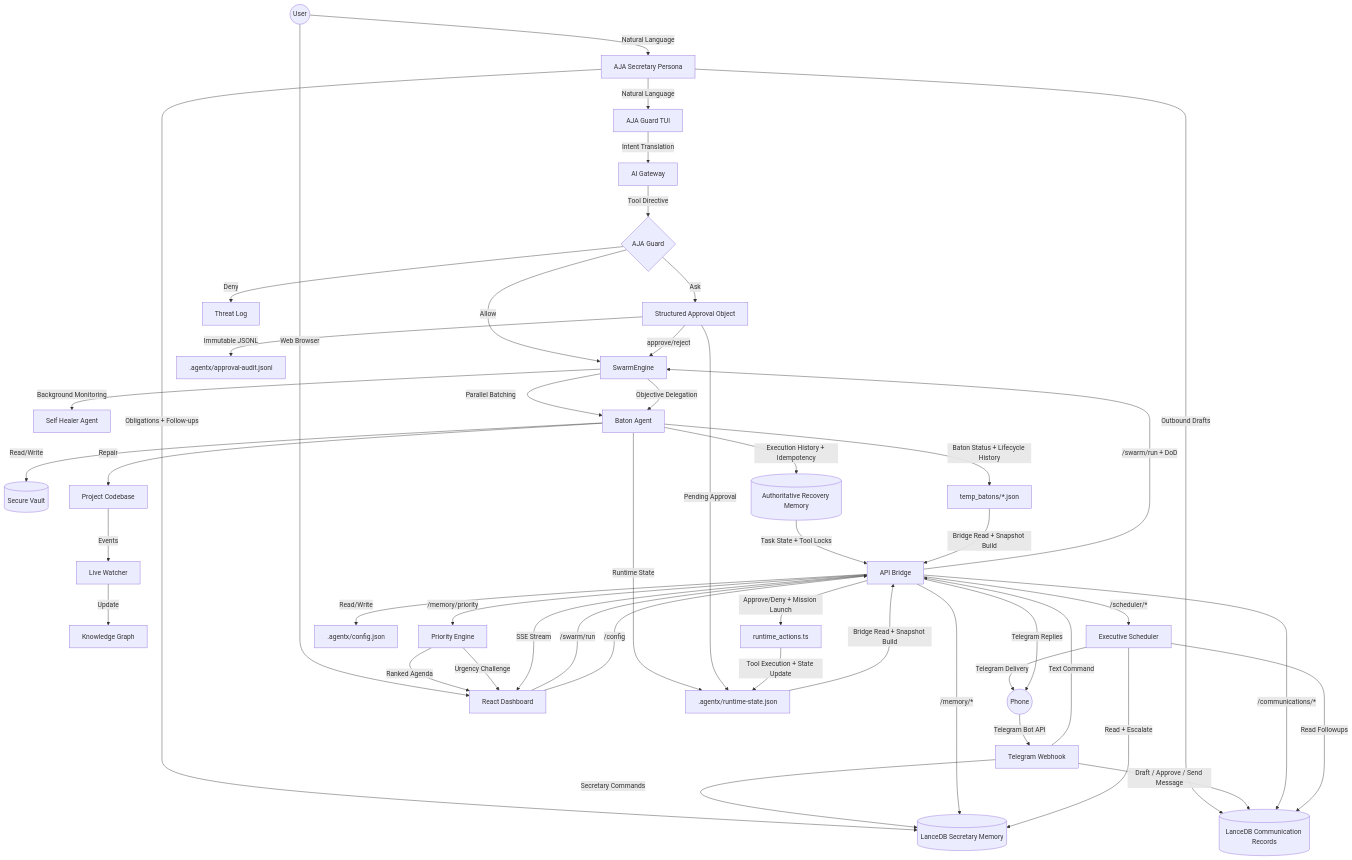
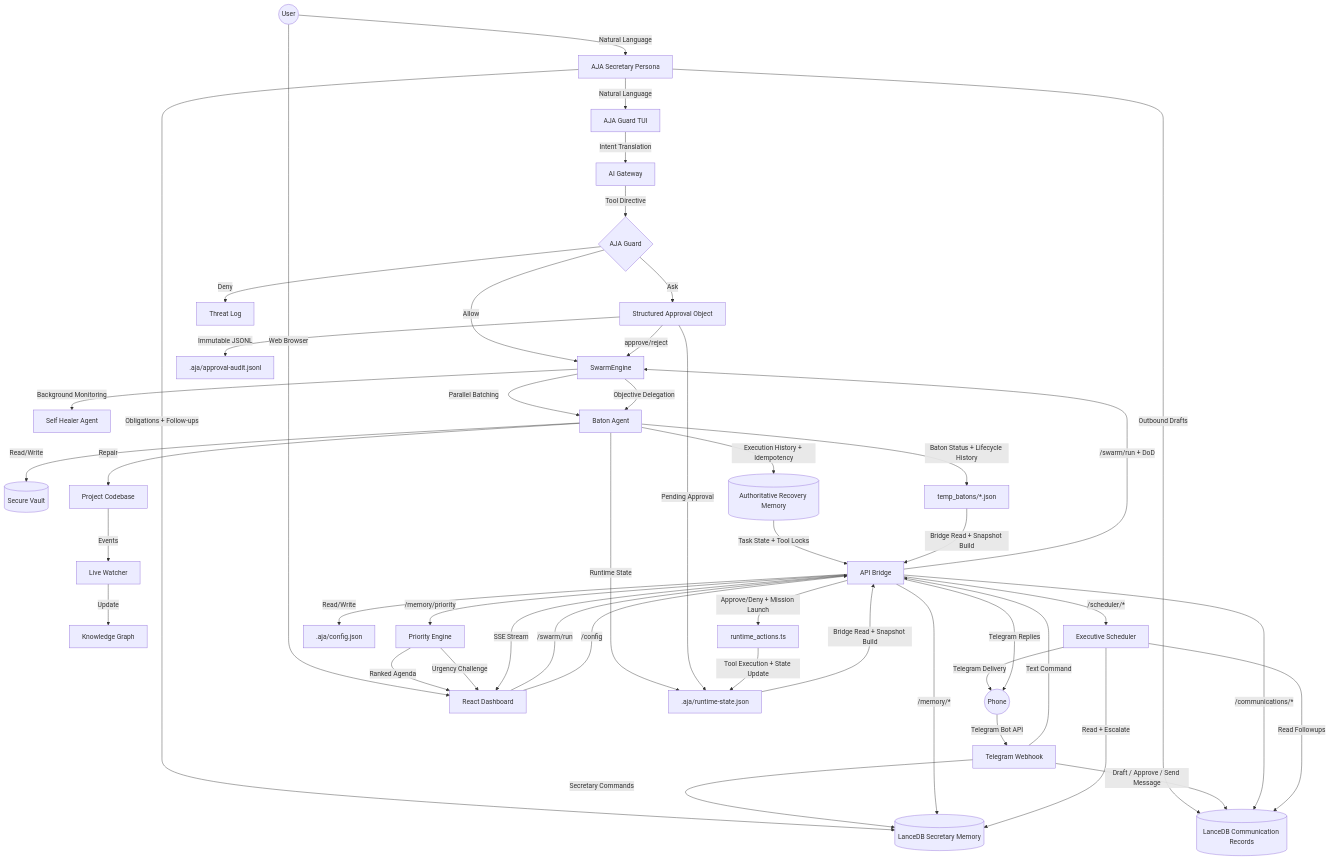
One commit to anixes/AJA changed the diagram in docs/ARCHITECTURE_FLOW.md. Above: the diagram before and after it, drawn with Mermaid. The commit also changed other lines of this file and 704 other files, not shown here.

````diff
--- a/docs/ARCHITECTURE_FLOW.md
+++ b/docs/ARCHITECTURE_FLOW.md
@@ -4,55 +4,55 @@
 ```mermaid
 graph TD
     User((User)) -->|Natural Language| AJA[AJA Secretary Persona]
     Phone((Phone)) -->|Telegram Bot API| Telegram[Telegram Webhook]
     AJA -->|Natural Language| TUI[AJA Guard TUI]
     User -->|Web Browser| Dashboard[React Dashboard]
     TUI -->|Intent Translation| Gateway[AI Gateway]
     Dashboard -->|/swarm/run| API[API Bridge]
     Dashboard -->|/config| API
     Telegram -->|Text Command| API
     Gateway -->|Tool Directive| Gate{AJA Guard}
     
     Gate -->|Allow| Engine[SwarmEngine]
     Gate -->|Ask| Approval[Structured Approval Object]
     Gate -->|Deny| Audit[Threat Log]
     Approval -->|approve/reject| Engine[SwarmEngine]
     
     Engine -->|Background Monitoring| Healer[Self Healer Agent]
     Engine -->|Parallel Batching| Worker[Parallel Agent]
     Engine -->|Objective Delegation| Worker[Baton Agent]
     
     Worker -->|Read/Write| Vault[(Secure Vault)]
     Worker -->|Repair| Code[Project Codebase]
     Worker -->|Baton Status + Lifecycle History| Batons[temp_batons/*.json]
     
     Code -->|Events| Watcher[Live Watcher]
     Watcher -->|Update| Graph[Knowledge Graph]
     
-    Worker -->|Runtime State| State[.agentx/runtime-state.json]
+    Worker -->|Runtime State| State[.aja/runtime-state.json]
     Worker -->|Execution History + Idempotency| Recovery[(Authoritative Recovery Memory)]
     AJA -->|Obligations + Follow-ups| Secretary[(LanceDB Secretary Memory)]
     AJA -->|Outbound Drafts| Comms[(LanceDB Communication Records)]
     Recovery -->|Task State + Tool Locks| API
     Telegram -->|Secretary Commands| Secretary
     Telegram -->|Draft / Approve / Send Message| Comms
     API -->|/memory/*| Secretary
     API -->|/communications/*| Comms
     API -->|/scheduler/*| Scheduler[Executive Scheduler]
     Scheduler -->|Read + Escalate| Secretary
     Scheduler -->|Read Followups| Comms
     Scheduler -->|Telegram Delivery| Phone
     Approval -->|Pending Approval| State
-    Approval -->|Immutable JSONL| ApprovalAudit[.agentx/approval-audit.jsonl]
+    Approval -->|Immutable JSONL| ApprovalAudit[.aja/approval-audit.jsonl]
     Batons -->|Bridge Read + Snapshot Build| API
     State -->|Bridge Read + Snapshot Build| API
     API -->|/memory/priority| Priority[Priority Engine]
     Priority -->|Ranked Agenda| Dashboard
     Priority -->|Urgency Challenge| Dashboard
     API -->|/swarm/run + DoD| Engine[SwarmEngine]
-    API -->|Read/Write| Config[.agentx/config.json]
+    API -->|Read/Write| Config[.aja/config.json]
     API -->|Approve/Deny + Mission Launch| Runner[runtime_actions.ts]
     Runner -->|Tool Execution + State Update| State
     API -->|SSE Stream| Dashboard
     API -->|Telegram Replies| Phone
 ```
````
